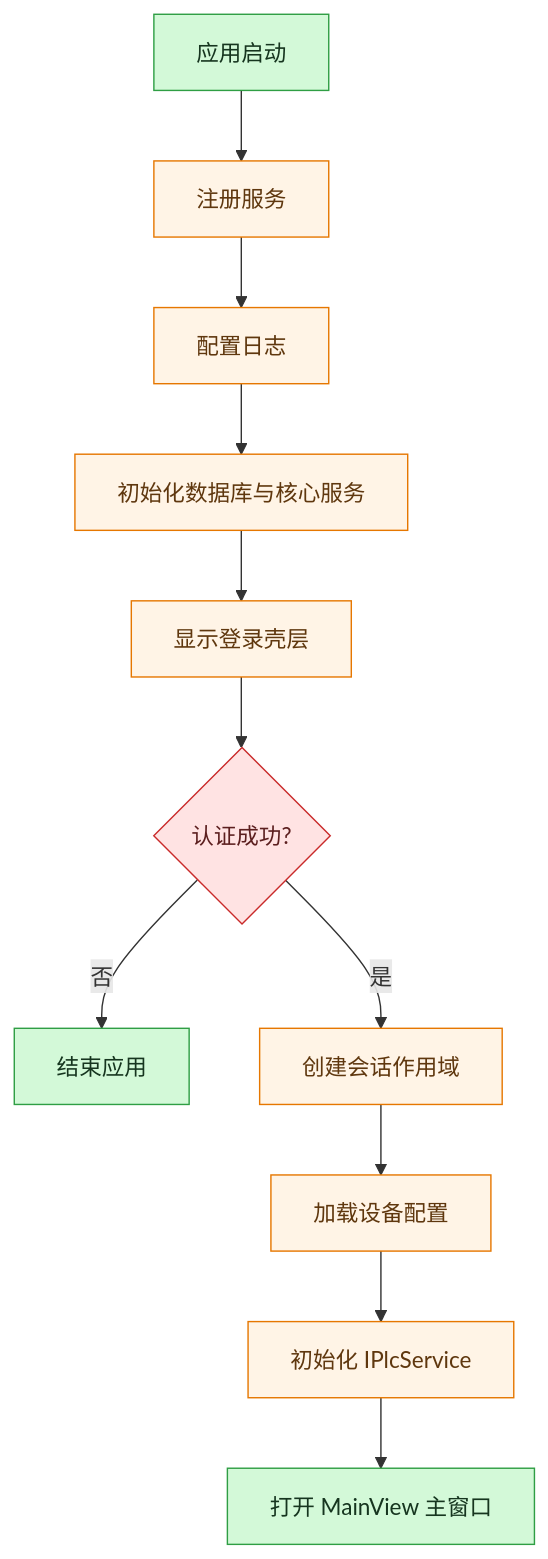
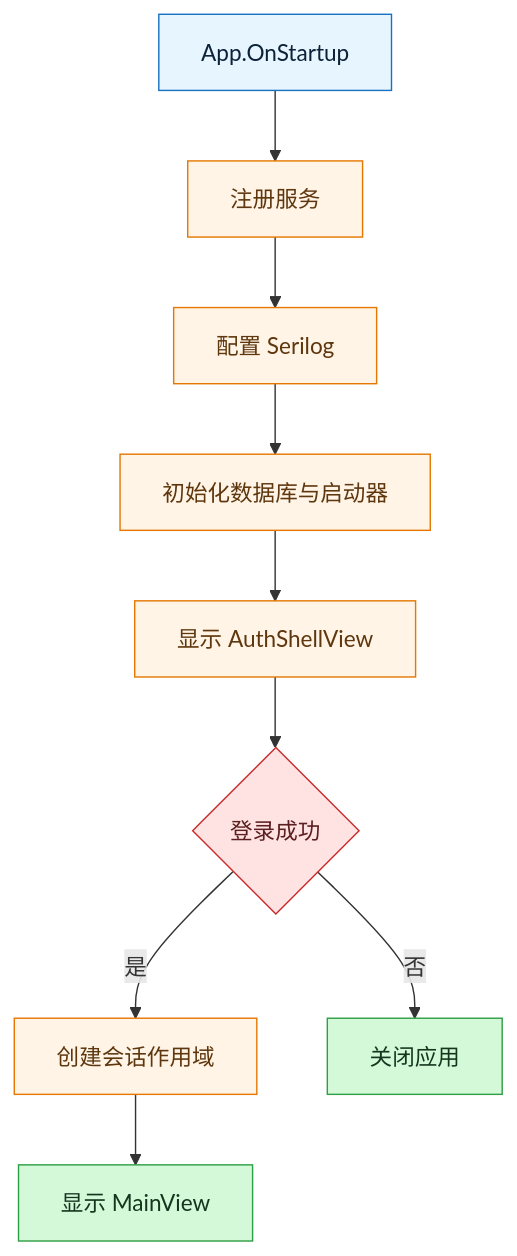
Before and after one commit to Leaveblanket/SmartFillMonitor: the first of 2 diagrams in README.md, drawn with Mermaid. The commit also changed other lines of this file, not shown here.

````diff
--- a/README.md
+++ b/README.md
@@ -194,22 +49,26 @@
 ```mermaid
 graph TB
-    start["应用启动"] --> register["注册服务"]
-    register --> logging["配置日志"]
-    logging --> init["初始化数据库与核心服务"]
-    init --> auth["显示登录壳层"]
-    auth --> decision{"认证成功?"}
-    decision -->|否| shutdown["结束应用"]
-    decision -->|是| scope["创建会话作用域"]
-    scope --> settings["加载设备配置"]
-    settings --> plc["初始化 IPlcService"]
-    plc --> main["打开 MainView 主窗口"]
+    startup["App.OnStartup"]
+    register["注册服务"]
+    logconfig["配置 Serilog"]
+    initcore["初始化数据库与启动器"]
+    authshell["显示 AuthShellView"]
+    login{"登录成功"}
+    scope["创建会话作用域"]
+    main["显示 MainView"]
+    exit["关闭应用"]
 
-    classDef flow fill:#e7f5ff,stroke:#1971c2,color:#0b2239
-    classDef action fill:#fff4e6,stroke:#e67700,color:#5f370e
-    classDef result fill:#d3f9d8,stroke:#2f9e44,color:#16351f
+    startup --> register --> logconfig --> initcore --> authshell --> login
+    login -->|是| scope --> main
+    login -->|否| exit
+
+    classDef startStyle fill:#e7f5ff,stroke:#1971c2,color:#0b2239
+    classDef processStyle fill:#fff4e6,stroke:#e67700,color:#5f370e
+    classDef resultStyle fill:#d3f9d8,stroke:#2f9e44,color:#16351f
     classDef decisionStyle fill:#ffe3e3,stroke:#c92a2a,color:#5c1f1f
 
-    class start,main,shutdown result
-    class register,logging,init,auth,scope,settings,plc action
-    class decision decisionStyle
+    class startup startStyle
+    class register,logconfig,initcore,authshell,scope processStyle
+    class main,exit resultStyle
+    class login decisionStyle
 ```
````
